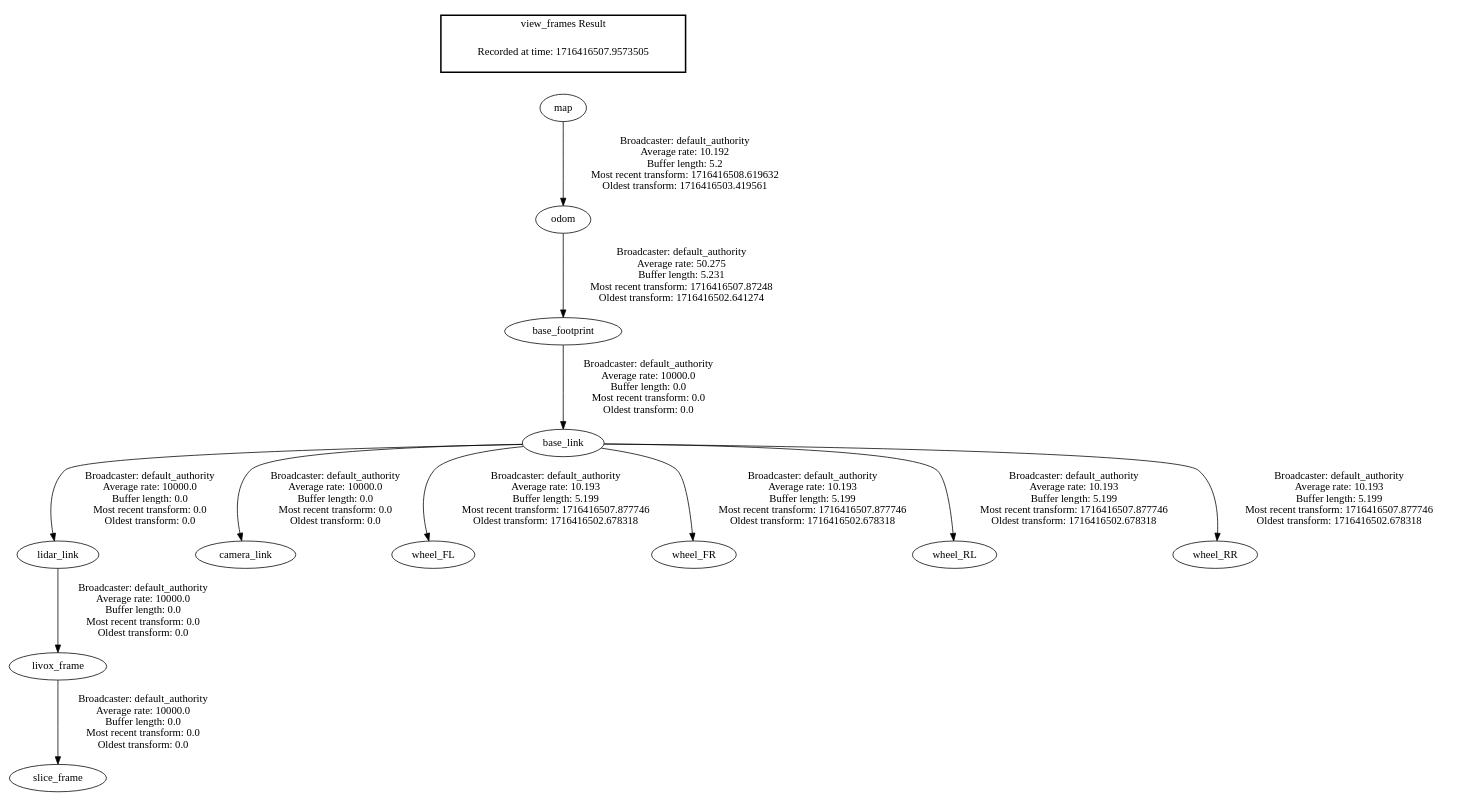
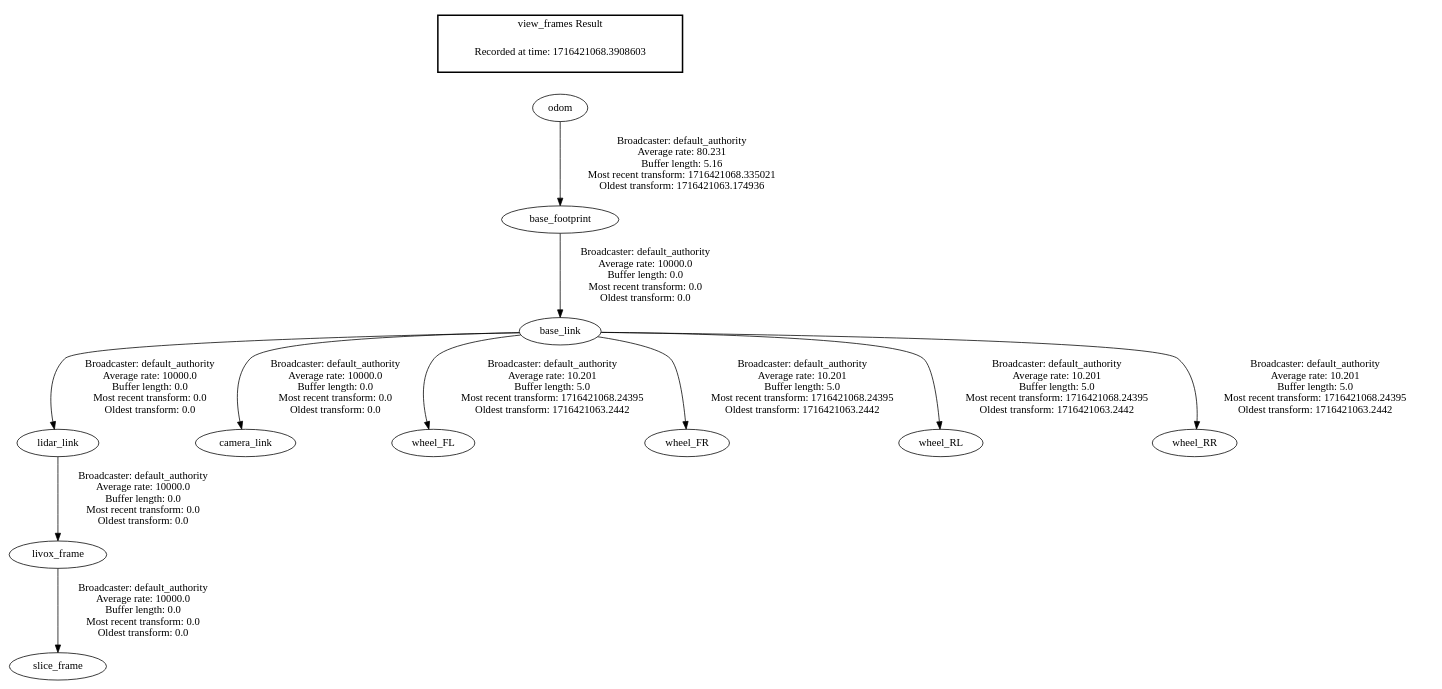
Before and after one commit to Triton-AI/robocar: the diagram in src/launch/basestation_launch/ros_data/frames/frames.gv, drawn with Graphviz. The commit also changed 6 other files, not shown here.

```diff
--- a/src/launch/basestation_launch/ros_data/frames/frames.gv
+++ b/src/launch/basestation_launch/ros_data/frames/frames.gv
@@ -1,17 +1,16 @@
 digraph G {
-"odom" -> "base_footprint"[label=" Broadcaster: default_authority\nAverage rate: 50.275\nBuffer length: 5.231\nMost recent transform: 1716416507.87248\nOldest transform: 1716416502.641274\n"];
-"map" -> "odom"[label=" Broadcaster: default_authority\nAverage rate: 10.192\nBuffer length: 5.2\nMost recent transform: 1716416508.619632\nOldest transform: 1716416503.419561\n"];
+"odom" -> "base_footprint"[label=" Broadcaster: default_authority\nAverage rate: 80.231\nBuffer length: 5.16\nMost recent transform: 1716421068.335021\nOldest transform: 1716421063.174936\n"];
 "lidar_link" -> "livox_frame"[label=" Broadcaster: default_authority\nAverage rate: 10000.0\nBuffer length: 0.0\nMost recent transform: 0.0\nOldest transform: 0.0\n"];
 "base_link" -> "lidar_link"[label=" Broadcaster: default_authority\nAverage rate: 10000.0\nBuffer length: 0.0\nMost recent transform: 0.0\nOldest transform: 0.0\n"];
 "livox_frame" -> "slice_frame"[label=" Broadcaster: default_authority\nAverage rate: 10000.0\nBuffer length: 0.0\nMost recent transform: 0.0\nOldest transform: 0.0\n"];
 "base_footprint" -> "base_link"[label=" Broadcaster: default_authority\nAverage rate: 10000.0\nBuffer length: 0.0\nMost recent transform: 0.0\nOldest transform: 0.0\n"];
 "base_link" -> "camera_link"[label=" Broadcaster: default_authority\nAverage rate: 10000.0\nBuffer length: 0.0\nMost recent transform: 0.0\nOldest transform: 0.0\n"];
-"base_link" -> "wheel_FL"[label=" Broadcaster: default_authority\nAverage rate: 10.193\nBuffer length: 5.199\nMost recent transform: 1716416507.877746\nOldest transform: 1716416502.678318\n"];
-"base_link" -> "wheel_FR"[label=" Broadcaster: default_authority\nAverage rate: 10.193\nBuffer length: 5.199\nMost recent transform: 1716416507.877746\nOldest transform: 1716416502.678318\n"];
-"base_link" -> "wheel_RL"[label=" Broadcaster: default_authority\nAverage rate: 10.193\nBuffer length: 5.199\nMost recent transform: 1716416507.877746\nOldest transform: 1716416502.678318\n"];
-"base_link" -> "wheel_RR"[label=" Broadcaster: default_authority\nAverage rate: 10.193\nBuffer length: 5.199\nMost recent transform: 1716416507.877746\nOldest transform: 1716416502.678318\n"];
+"base_link" -> "wheel_FL"[label=" Broadcaster: default_authority\nAverage rate: 10.201\nBuffer length: 5.0\nMost recent transform: 1716421068.24395\nOldest transform: 1716421063.2442\n"];
+"base_link" -> "wheel_FR"[label=" Broadcaster: default_authority\nAverage rate: 10.201\nBuffer length: 5.0\nMost recent transform: 1716421068.24395\nOldest transform: 1716421063.2442\n"];
+"base_link" -> "wheel_RL"[label=" Broadcaster: default_authority\nAverage rate: 10.201\nBuffer length: 5.0\nMost recent transform: 1716421068.24395\nOldest transform: 1716421063.2442\n"];
+"base_link" -> "wheel_RR"[label=" Broadcaster: default_authority\nAverage rate: 10.201\nBuffer length: 5.0\nMost recent transform: 1716421068.24395\nOldest transform: 1716421063.2442\n"];
 edge [style=invis];
  subgraph cluster_legend { style=bold; color=black; label ="view_frames Result";
-"Recorded at time: 1716416507.9573505"[ shape=plaintext ] ;
-}->"map";
+"Recorded at time: 1716421068.3908603"[ shape=plaintext ] ;
+}->"odom";
 }
```
